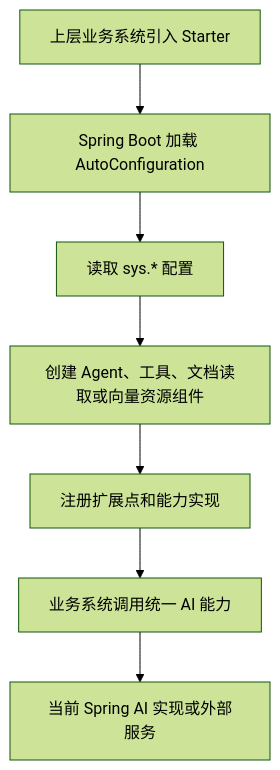
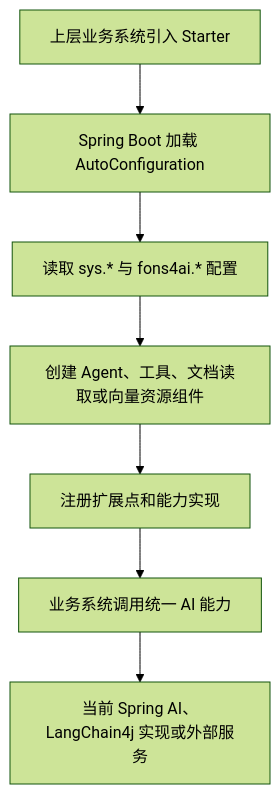
Before and after one commit to nauyiq/fons4ai: the diagram in .specify/memory/项目技术能力架构文档.md, drawn with Mermaid (forest theme). The commit also changed other lines of this file and 72 other files, not shown here.

````diff
--- a/.specify/memory/项目技术能力架构文档.md
+++ b/.specify/memory/项目技术能力架构文档.md
@@ -27,9 +27,9 @@
 ```mermaid
 flowchart TD
     A["上层业务系统引入 Starter"] --> B["Spring Boot 加载 AutoConfiguration"]
-    B --> C["读取 sys.* 配置"]
+    B --> C["读取 sys.* 与 fons4ai.* 配置"]
     C --> D["创建 Agent、工具、文档读取或向量资源组件"]
     D --> E["注册扩展点和能力实现"]
     E --> F["业务系统调用统一 AI 能力"]
-    F --> G["当前 Spring AI 实现或外部服务"]
+    F --> G["当前 Spring AI、LangChain4j 实现或外部服务"]
 ```
````
